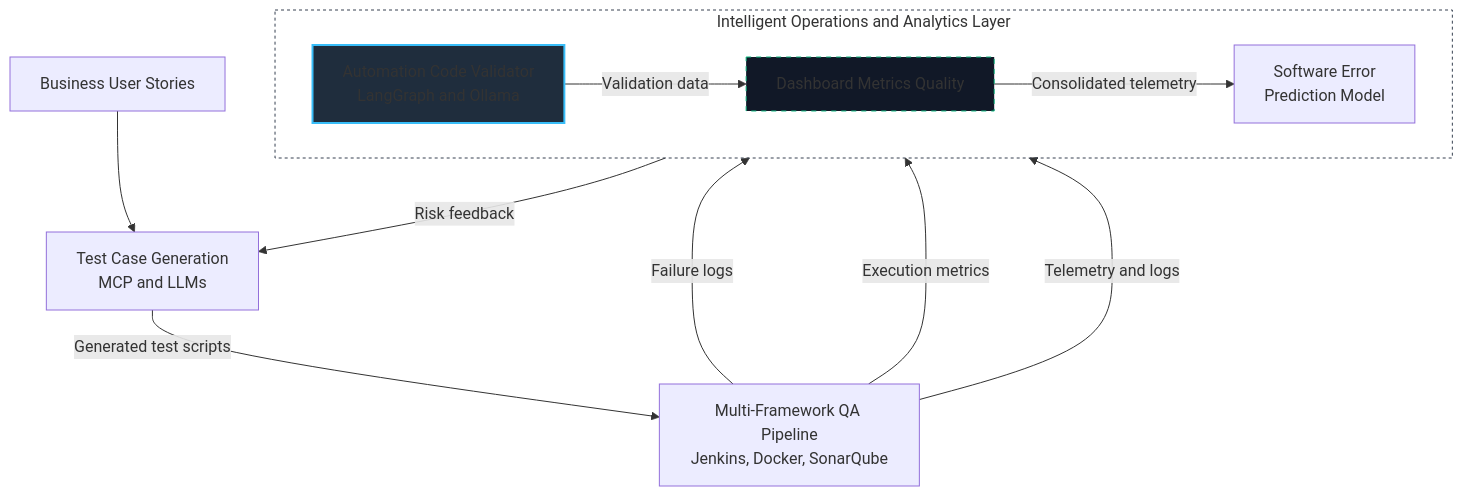
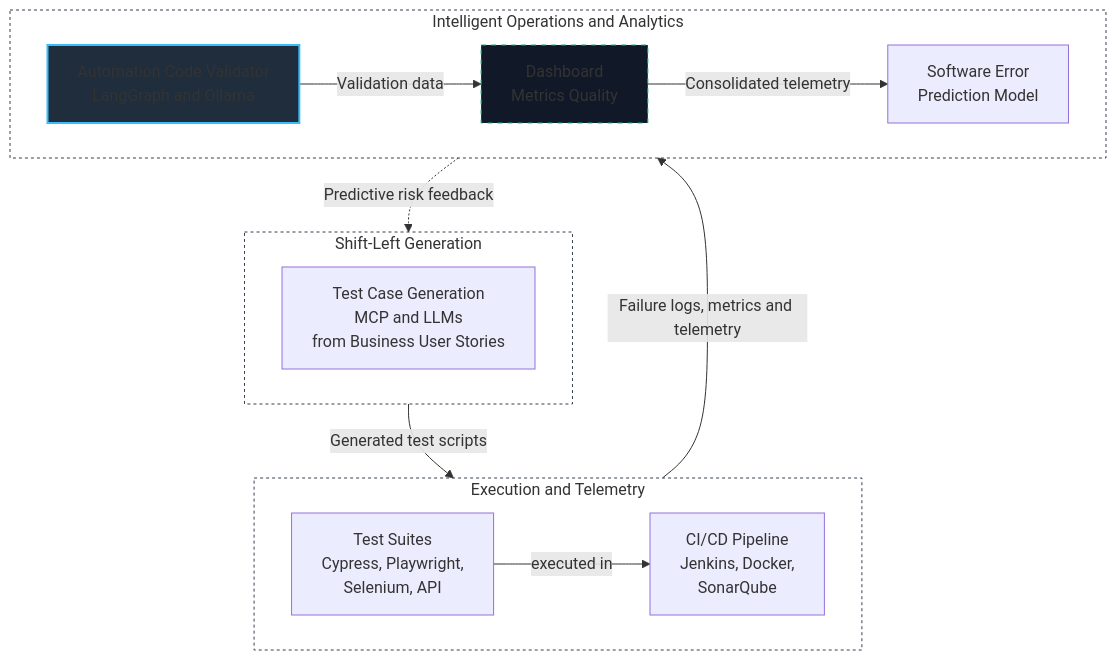
One commit to acorvello/acorvello changed the diagram in README.md. Above: the diagram before and after it, drawn with Mermaid. The commit also changed other lines of this file, not shown here.

````diff
--- a/README.md
+++ b/README.md
@@ -66,20 +66,27 @@
 ```mermaid
-flowchart TD
-    Req["Business User Stories"] --> Gen["Test Case Generation<br/>MCP and LLMs"]
-    Gen -->|"Generated test scripts"| Pipe["Multi-Framework QA Pipeline<br/>Jenkins, Docker, SonarQube"]
+flowchart TB
+    subgraph L1 ["Shift-Left Generation"]
+        Gen["Test Case Generation<br/>MCP and LLMs<br/>from Business User Stories"]
+    end
 
-    subgraph Ops ["Intelligent Operations and Analytics Layer"]
+    subgraph L2 ["Execution and Telemetry"]
         direction LR
-        ACV["Automation Code Validator<br/>LangGraph and Ollama"] -->|"Validation data"| Dash["Dashboard Metrics Quality"]
+        Suites["Test Suites<br/>Cypress, Playwright,<br/>Selenium, API"] -->|"executed in"| Infra["CI/CD Pipeline<br/>Jenkins, Docker,<br/>SonarQube"]
+    end
+
+    subgraph L3 ["Intelligent Operations and Analytics"]
+        direction LR
+        ACV["Automation Code Validator<br/>LangGraph and Ollama"] -->|"Validation data"| Dash["Dashboard<br/>Metrics Quality"]
         Dash -->|"Consolidated telemetry"| Pred["Software Error<br/>Prediction Model"]
     end
 
-    Pipe -->|"Failure logs"| ACV
-    Pipe -->|"Execution metrics"| Dash
-    Pipe -->|"Telemetry and logs"| Pred
-    Pred -->|"Risk feedback"| Gen
+    L1 -->|"Generated test scripts"| L2
+    L2 -->|"Failure logs, metrics and telemetry"| L3
+    L3 -.->|"Predictive risk feedback"| L1
 
     style ACV fill:#1f2d3d,stroke:#38bdf8,stroke-width:2px
     style Dash fill:#111827,stroke:#10b981,stroke-width:1px,stroke-dasharray: 5 5
-    style Ops fill:transparent,stroke:#374151,stroke-width:1px,stroke-dasharray: 3 3
+    style L1 fill:transparent,stroke:#374151,stroke-width:1px,stroke-dasharray: 3 3
+    style L2 fill:transparent,stroke:#374151,stroke-width:1px,stroke-dasharray: 3 3
+    style L3 fill:transparent,stroke:#374151,stroke-width:1px,stroke-dasharray: 3 3
 ```
````
